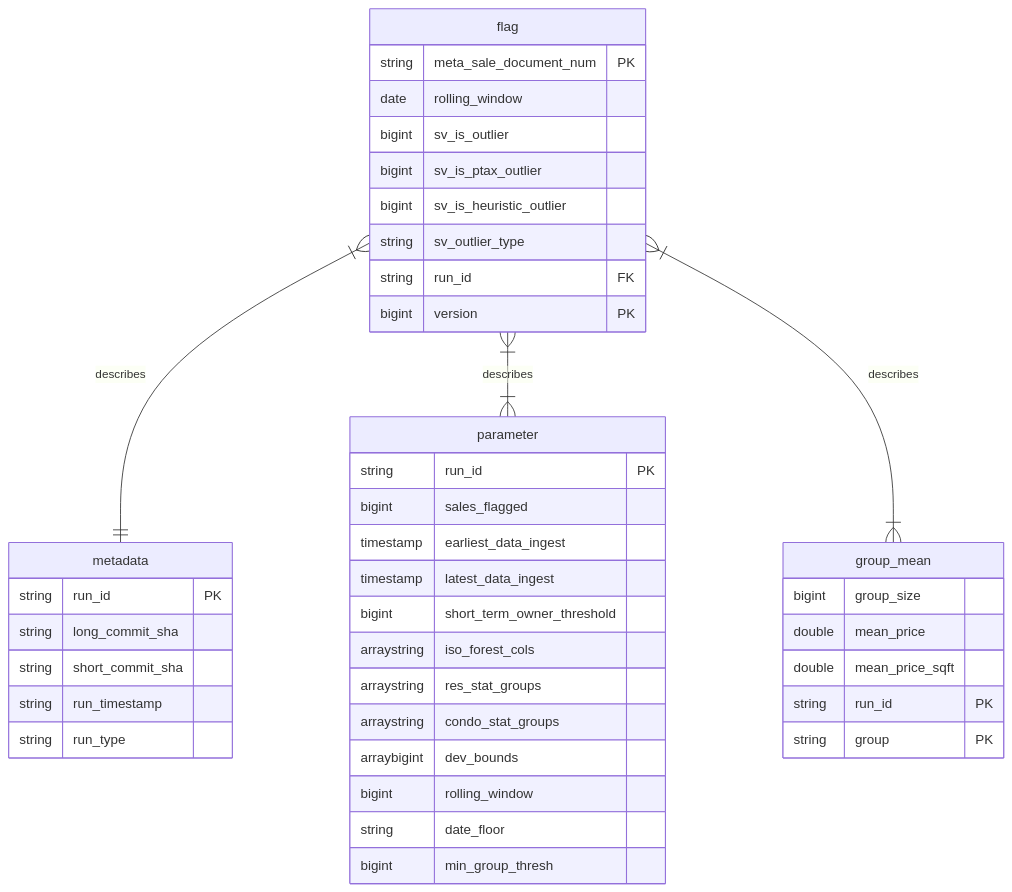
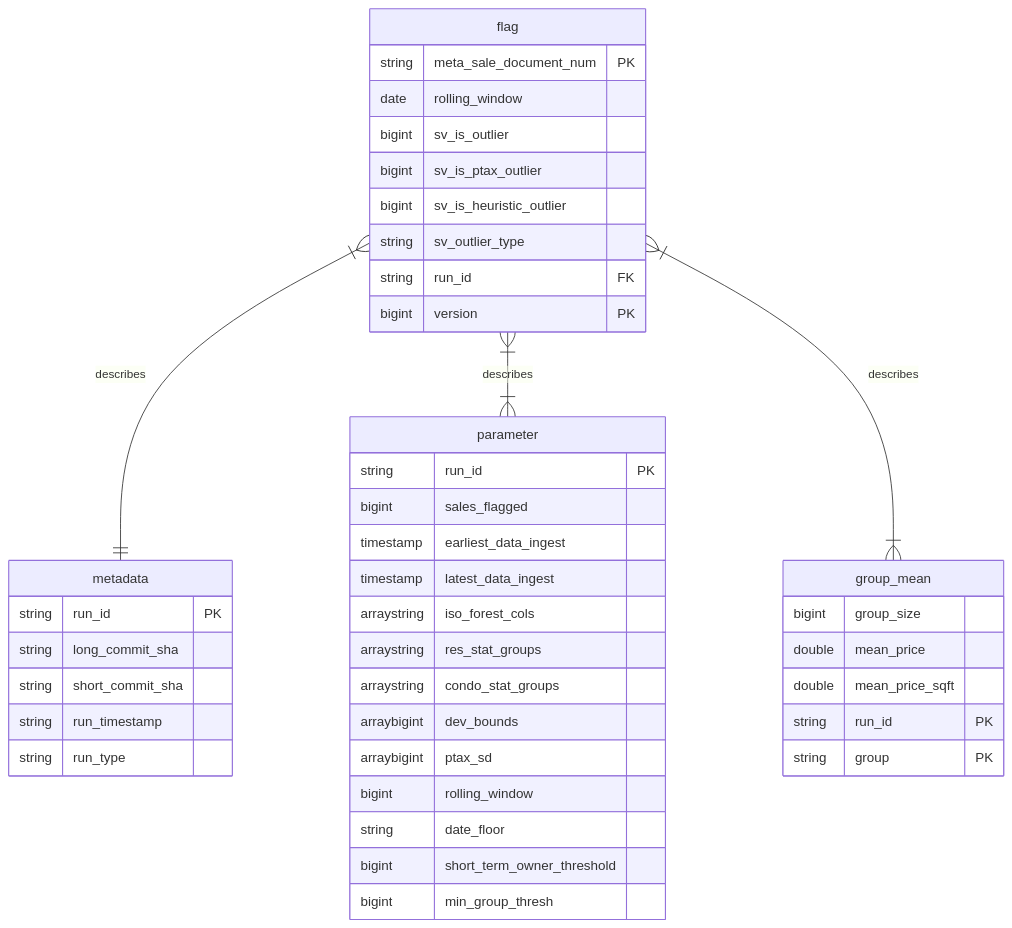
Before and after one commit to ccao-data/model-sales-val: the third of 4 diagrams in README.md, drawn with Mermaid.

````diff
--- a/README.md
+++ b/README.md
@@ -150,47 +150,48 @@
 ```mermaid
 erDiagram
     flag }|--|| metadata : describes
     flag }|--|{ parameter : describes
     flag }|--|{ group_mean : describes
 
     flag {
         string meta_sale_document_num PK
         date rolling_window
         bigint sv_is_outlier
         bigint sv_is_ptax_outlier
         bigint sv_is_heuristic_outlier
         string sv_outlier_type
         string run_id FK
         bigint version PK
 
     }
     metadata {
         string run_id PK
         string long_commit_sha
         string short_commit_sha
         string run_timestamp
         string run_type
     }
     parameter {
         string run_id PK
         bigint sales_flagged
         timestamp earliest_data_ingest
         timestamp latest_data_ingest
-        bigint short_term_owner_threshold
         arraystring iso_forest_cols
         arraystring res_stat_groups
         arraystring condo_stat_groups
         arraybigint dev_bounds
+        arraybigint ptax_sd
         bigint rolling_window
         string date_floor
+        bigint short_term_owner_threshold
         bigint min_group_thresh
     }
 
     group_mean {
         bigint group_size
         double mean_price
         double mean_price_sqft
         string run_id PK
         string group PK
     }
 ```
````
